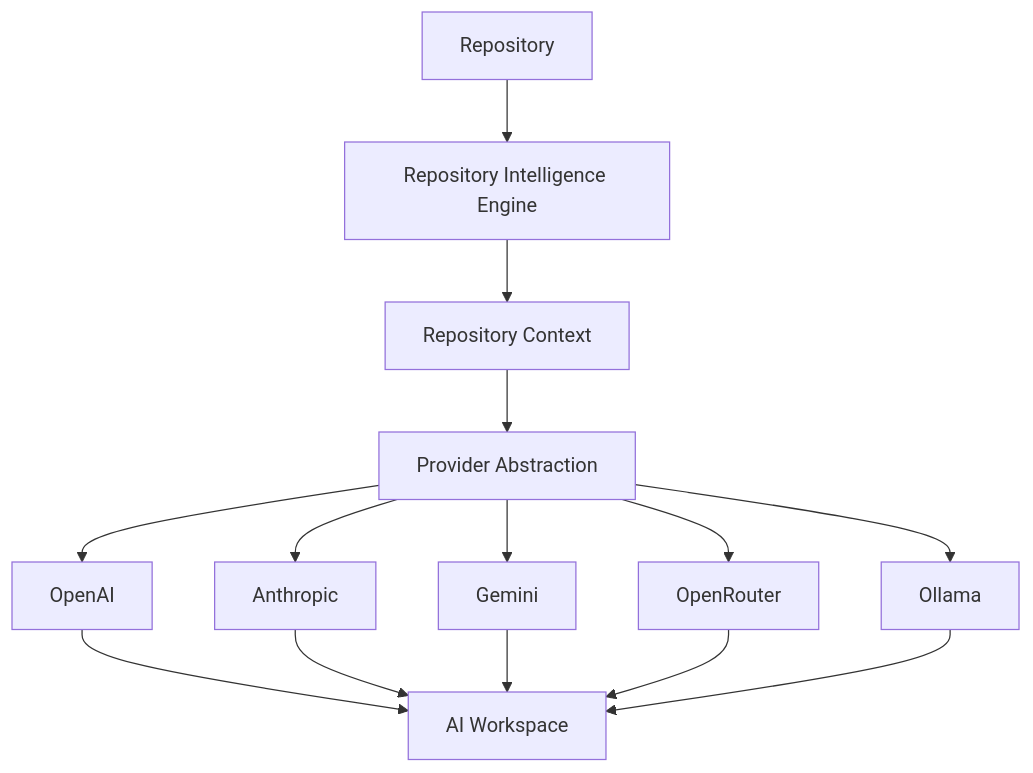
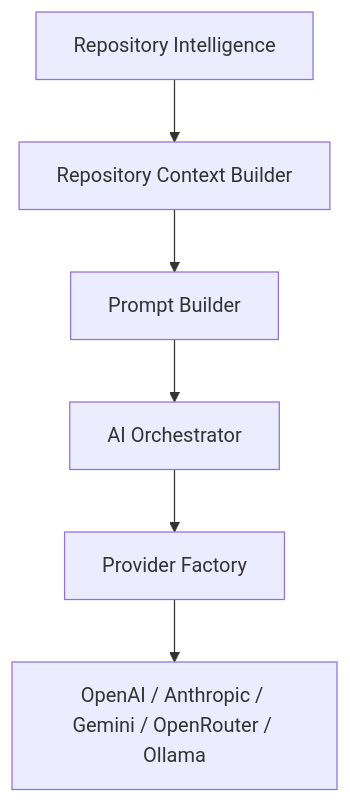
One commit to Second-Origin/PARTHA changed the fourth of 6 diagrams in README.md. Above: the diagram before and after it, drawn with Mermaid. The commit also changed other lines of this file and 8 other files, not shown here.

````diff
--- a/README.md
+++ b/README.md
@@ -702,16 +174,15 @@
 ```mermaid
 flowchart TD
-    A[Repository] --> B[Repository Intelligence Engine]
-    B --> C[Repository Context]
-    C --> D[Provider Abstraction]
-    D --> E[OpenAI]
-    D --> F[Anthropic]
-    D --> G[Gemini]
-    D --> H[OpenRouter]
-    D --> I[Ollama]
-    E --> J[AI Workspace]
-    F --> J
-    G --> J
-    H --> J
-    I --> J
+    RIE[Repository Intelligence]
+    Context[Repository Context Builder]
+    Prompt[Prompt Builder]
+    Orchestrator[AI Orchestrator]
+    Factory[Provider Factory]
+    Providers[OpenAI / Anthropic / Gemini / OpenRouter / Ollama]
+
+    RIE --> Context
+    Context --> Prompt
+    Prompt --> Orchestrator
+    Orchestrator --> Factory
+    Factory --> Providers
 ```
````
